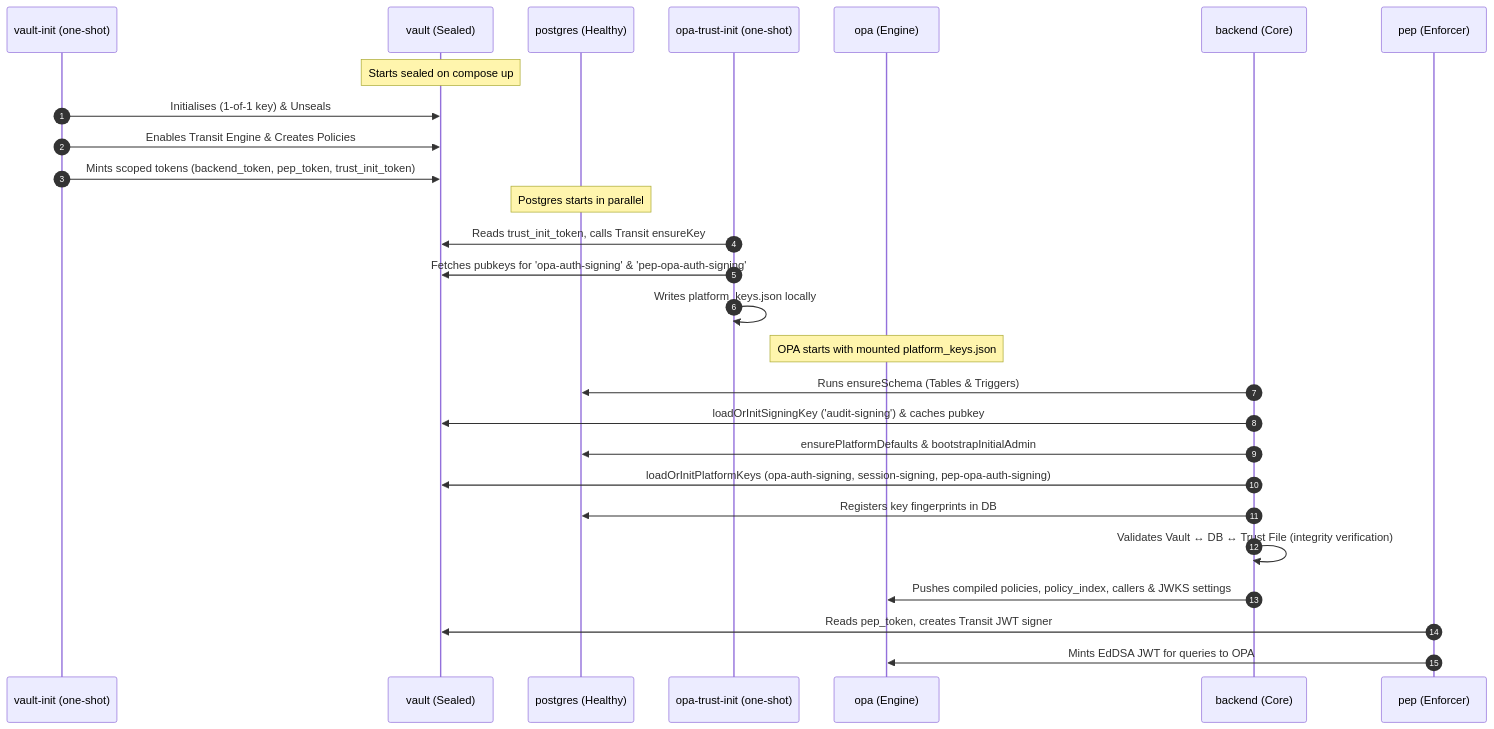
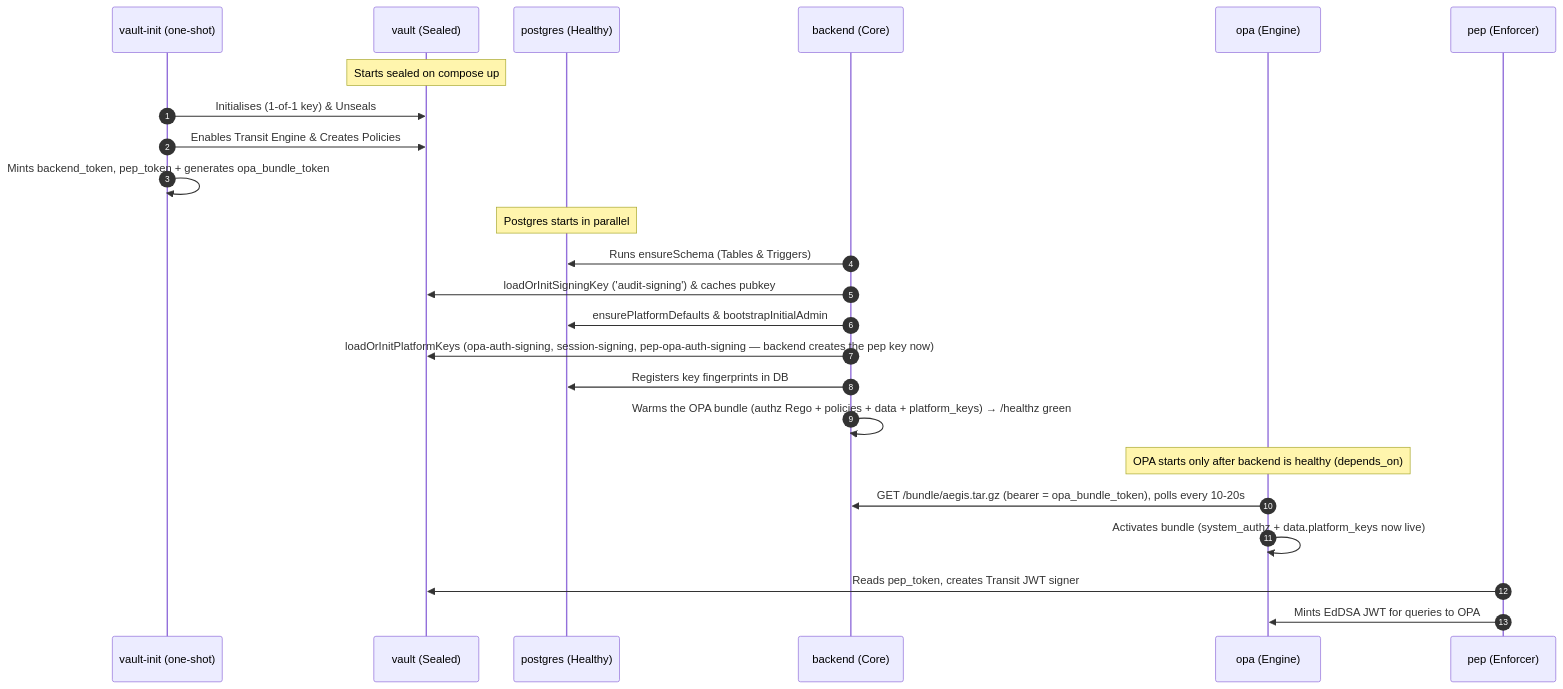
One commit to aristocypros/aegis-suite changed the second of 4 diagrams in README.md. Above: the diagram before and after it, drawn with Mermaid. The commit also changed other lines of this file and 11 other files, not shown here.

````diff
--- a/README.md
+++ b/README.md
@@ -54,35 +53,31 @@
 ```mermaid
 sequenceDiagram
     autonumber
     participant VaultInit as vault-init (one-shot)
     participant Vault as vault (Sealed)
     participant DB as postgres (Healthy)
-    participant TrustInit as opa-trust-init (one-shot)
+    participant Backend as backend (Core)
     participant OPA as opa (Engine)
-    participant Backend as backend (Core)
     participant PEP as pep (Enforcer)
 
     Note over Vault: Starts sealed on compose up
     VaultInit->>Vault: Initialises (1-of-1 key) & Unseals
     VaultInit->>Vault: Enables Transit Engine & Creates Policies
-    VaultInit->>Vault: Mints scoped tokens (backend_token, pep_token, trust_init_token)
-    
+    VaultInit->>VaultInit: Mints backend_token, pep_token + generates opa_bundle_token
+
     Note over DB: Postgres starts in parallel
-    
-    TrustInit->>Vault: Reads trust_init_token, calls Transit ensureKey
-    TrustInit->>Vault: Fetches pubkeys for 'opa-auth-signing' & 'pep-opa-auth-signing'
-    TrustInit->>TrustInit: Writes platform_keys.json locally
-    
-    Note over OPA: OPA starts with mounted platform_keys.json
-    
+
     Backend->>DB: Runs ensureSchema (Tables & Triggers)
     Backend->>Vault: loadOrInitSigningKey ('audit-signing') & caches pubkey
     Backend->>DB: ensurePlatformDefaults & bootstrapInitialAdmin
-    Backend->>Vault: loadOrInitPlatformKeys (opa-auth-signing, session-signing, pep-opa-auth-signing)
+    Backend->>Vault: loadOrInitPlatformKeys (opa-auth-signing, session-signing, pep-opa-auth-signing — backend creates the pep key now)
     Backend->>DB: Registers key fingerprints in DB
-    Backend->>Backend: Validates Vault ↔ DB ↔ Trust File (integrity verification)
-    Backend->>OPA: Pushes compiled policies, policy_index, callers & JWKS settings
-    
+    Backend->>Backend: Warms the OPA bundle (authz Rego + policies + data + platform_keys) → /healthz green
+
+    Note over OPA: OPA starts only after backend is healthy (depends_on)
+    OPA->>Backend: GET /bundle/aegis.tar.gz (bearer = opa_bundle_token), polls every 10-20s
+    OPA->>OPA: Activates bundle (system_authz + data.platform_keys now live)
+
     PEP->>Vault: Reads pep_token, creates Transit JWT signer
     PEP->>OPA: Mints EdDSA JWT for queries to OPA
 ```
````
